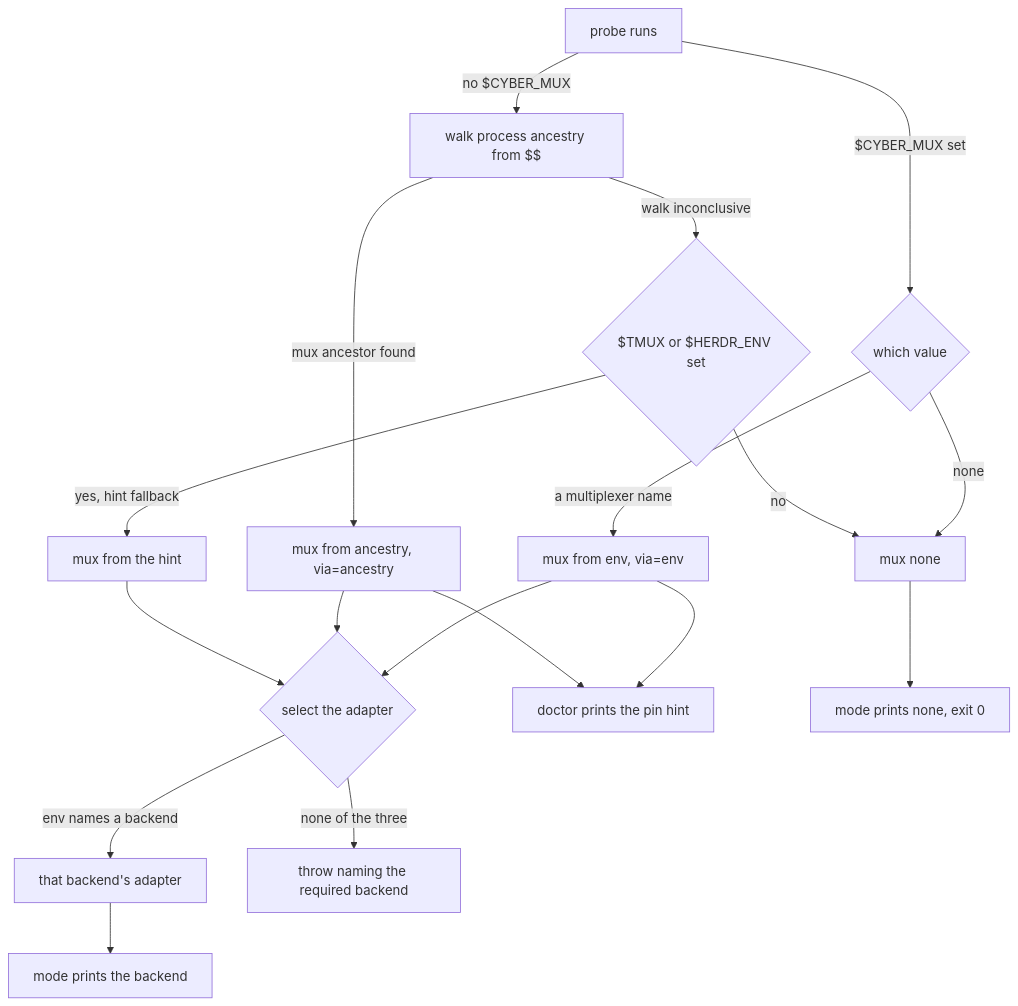
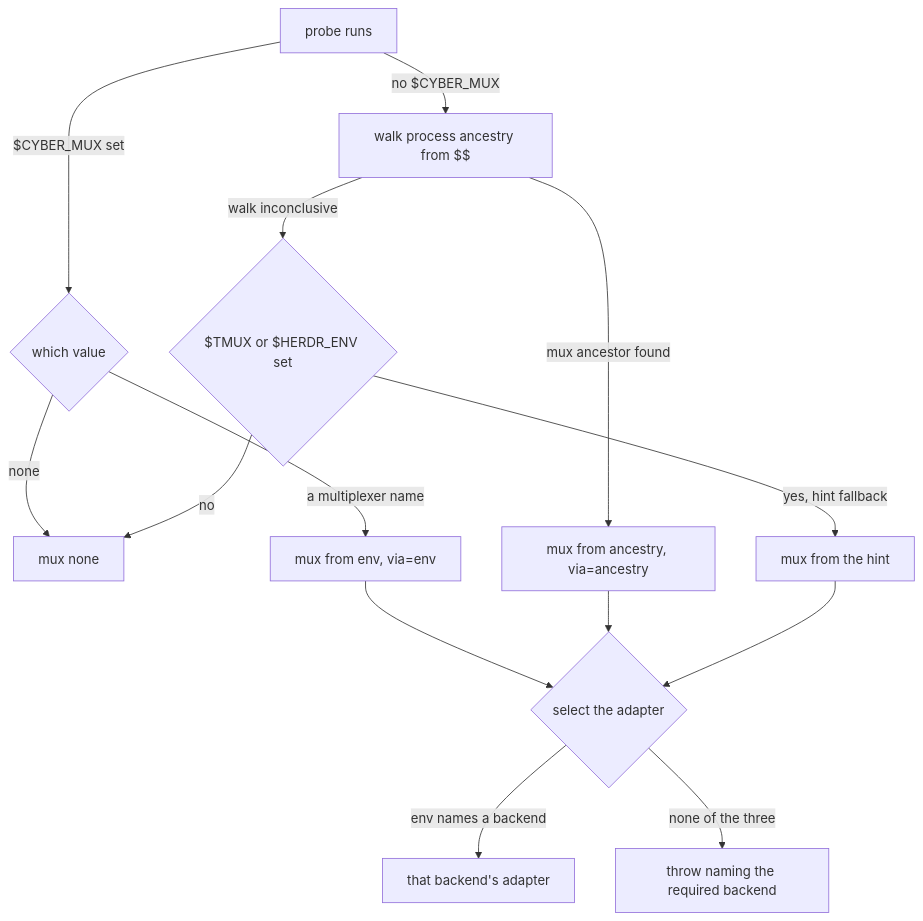
Before and after one commit to cyberuni/cyber-mux: the diagram in packages/cyber-mux/.agents/spec/mux/detection/README.md, drawn with Mermaid. The commit also changed other lines of this file and 31 other files, not shown here.

````diff
--- a/packages/cyber-mux/.agents/spec/mux/detection/README.md
+++ b/packages/cyber-mux/.agents/spec/mux/detection/README.md
@@ -51,20 +57,16 @@
 ```mermaid
 graph TD
   P["probe runs"] -->|"$CYBER_MUX set"| PENV{"which value"}
   PENV -->|"none"| PNONE["mux none"]
   PENV -->|"a multiplexer name"| PFAST["mux from env, via=env"]
   P -->|"no $CYBER_MUX"| PWALK["walk process ancestry from $$"]
   PWALK -->|"mux ancestor found"| PANC["mux from ancestry, via=ancestry"]
   PWALK -->|"walk inconclusive"| PHINT{"$TMUX or $HERDR_ENV set"}
   PHINT -->|"yes, hint fallback"| PFALL["mux from the hint"]
   PHINT -->|"no"| PNONE
   PFAST --> SEL{"select the adapter"}
   PANC --> SEL
   PFALL --> SEL
   SEL -->|"env names a backend"| AD["that backend's adapter"]
   SEL -->|"none of the three"| ATHROW["throw naming the required backend"]
-  PFAST --> DOC["doctor prints the pin hint"]
-  PANC --> DOC
-  AD --> MODE["mode prints the backend"]
-  PNONE --> MODENONE["mode prints none, exit 0"]
 ```
````
